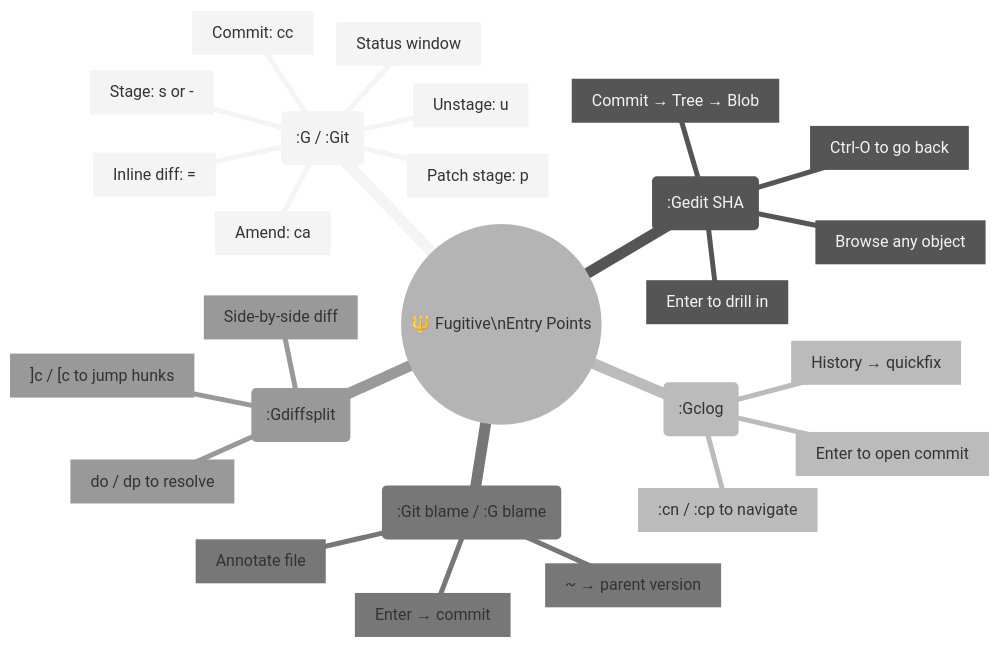
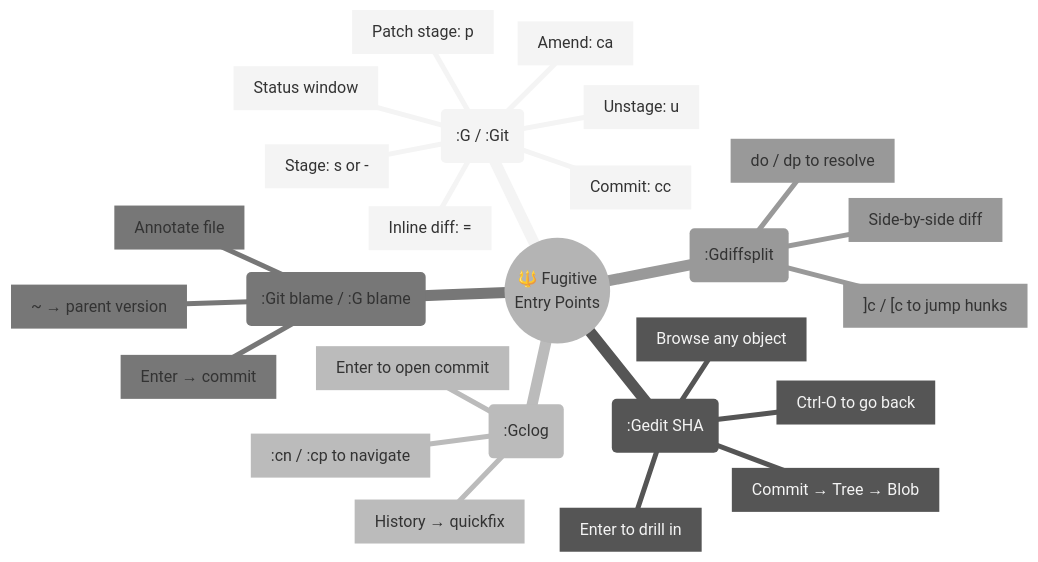
Diagram 14 of 14 in 2026-02-25/Git Internal Data Structures A Complete Visual Guide/Git Internal Data Structures A Complete Visual Guide.md (ericziko/ez-crib-notes), drawn with Mermaid (neutral theme) before and after one commit. The commit also changed other lines of this file, not shown here.

Commit message:
Fixed line break in mermaid diagrams by replacing \n with <br/>

````diff
--- a/2026-02-25/Git Internal Data Structures A Complete Visual Guide/Git Internal Data Structures A Complete Visual Guide.md
+++ b/2026-02-25/Git Internal Data Structures A Complete Visual Guide/Git Internal Data Structures A Complete Visual Guide.md
@@ -1033,29 +1033,29 @@
 ```mermaid
 mindmap
-  root(("🔱 Fugitive\nEntry Points"))
+  root(("🔱 Fugitive<br/>Entry Points"))
     (":G / :Git")
       ["Status window"]
       ["Stage: s or -"]
       ["Unstage: u"]
       ["Inline diff: ="]
       ["Patch stage: p"]
       ["Commit: cc"]
       ["Amend: ca"]
     (":Gedit SHA")
       ["Browse any object"]
       ["Enter to drill in"]
       ["Ctrl-O to go back"]
       ["Commit → Tree → Blob"]
     (":Gclog")
       ["History → quickfix"]
       [":cn / :cp to navigate"]
       ["Enter to open commit"]
     (":Git blame / :G blame")
       ["Annotate file"]
       ["Enter → commit"]
       ["~ → parent version"]
     (":Gdiffsplit")
       ["Side-by-side diff"]
       ["]c / [c to jump hunks"]
       ["do / dp to resolve"]
 ```
````
